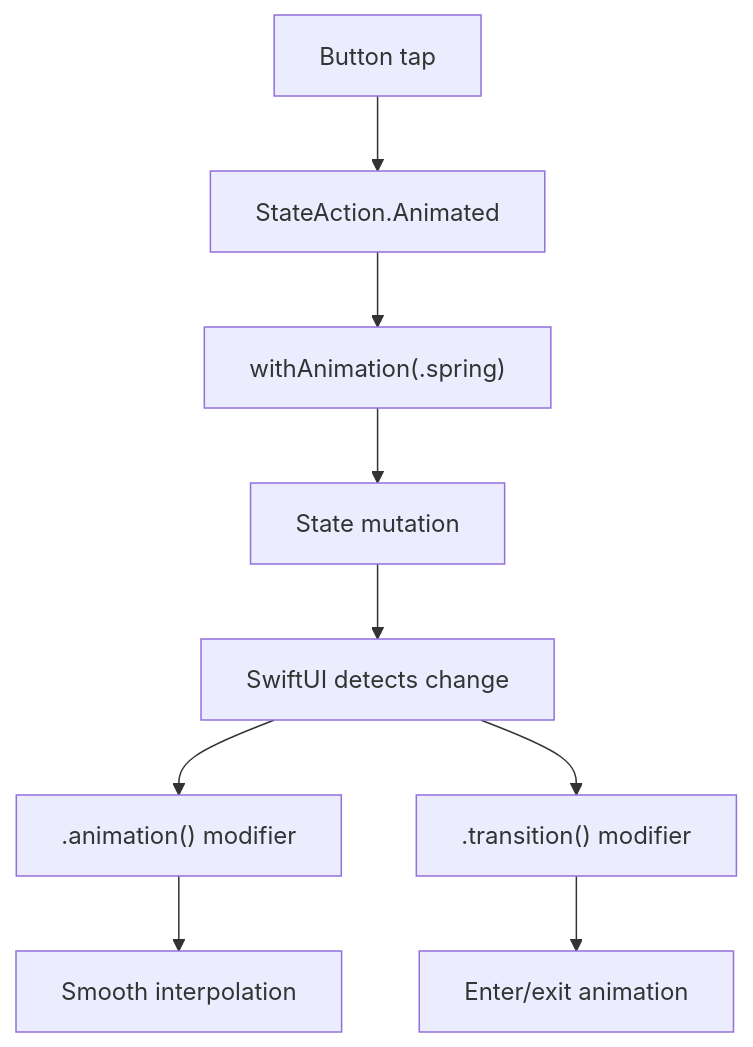
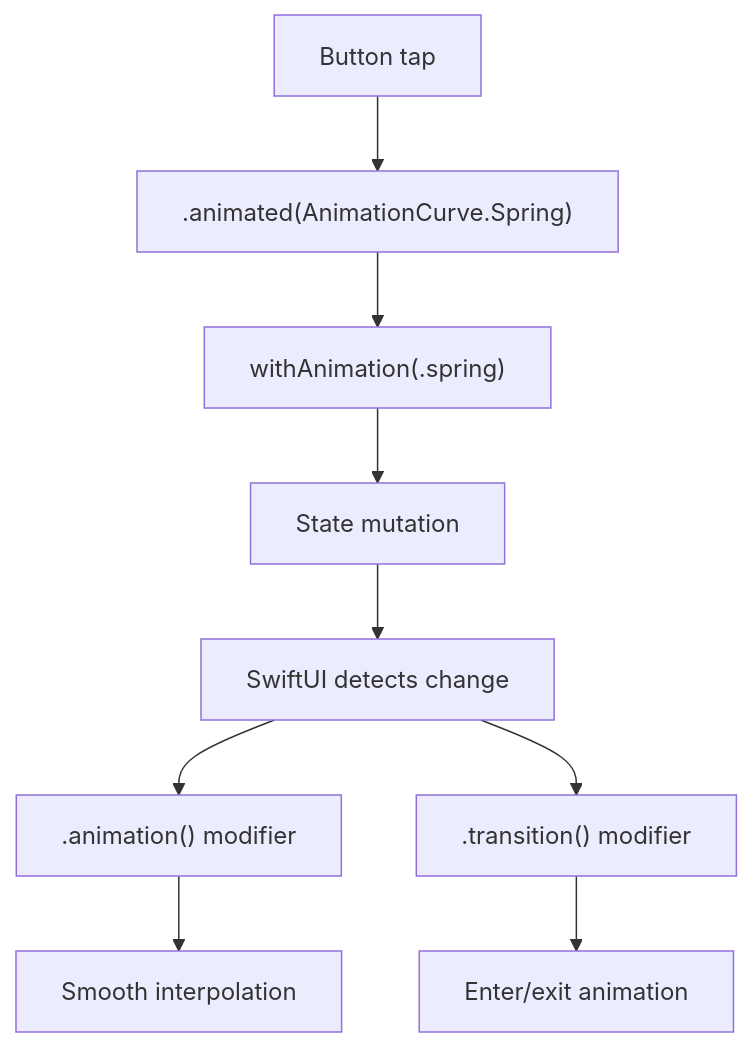
Before and after one commit to Pign/sui: the diagram in docs/animations.md, drawn with Mermaid. The commit also changed other lines of this file and 8 other files, not shown here.

First line of the commit message:
Update all docs to fluent StateAction API and AnimationCurve enum (#50)

````diff
--- a/docs/animations.md
+++ b/docs/animations.md
@@ -137,11 +137,11 @@
 ```mermaid
 flowchart TD
-    A["Button tap"] --> B["StateAction.Animated"]
+    A["Button tap"] --> B[".animated(AnimationCurve.Spring)"]
     B --> C["withAnimation(.spring)"]
     C --> D["State mutation"]
     D --> E["SwiftUI detects change"]
     E --> F[".animation() modifier"]
     F --> G["Smooth interpolation"]
     E --> H[".transition() modifier"]
     H --> I["Enter/exit animation"]
 ```
````
